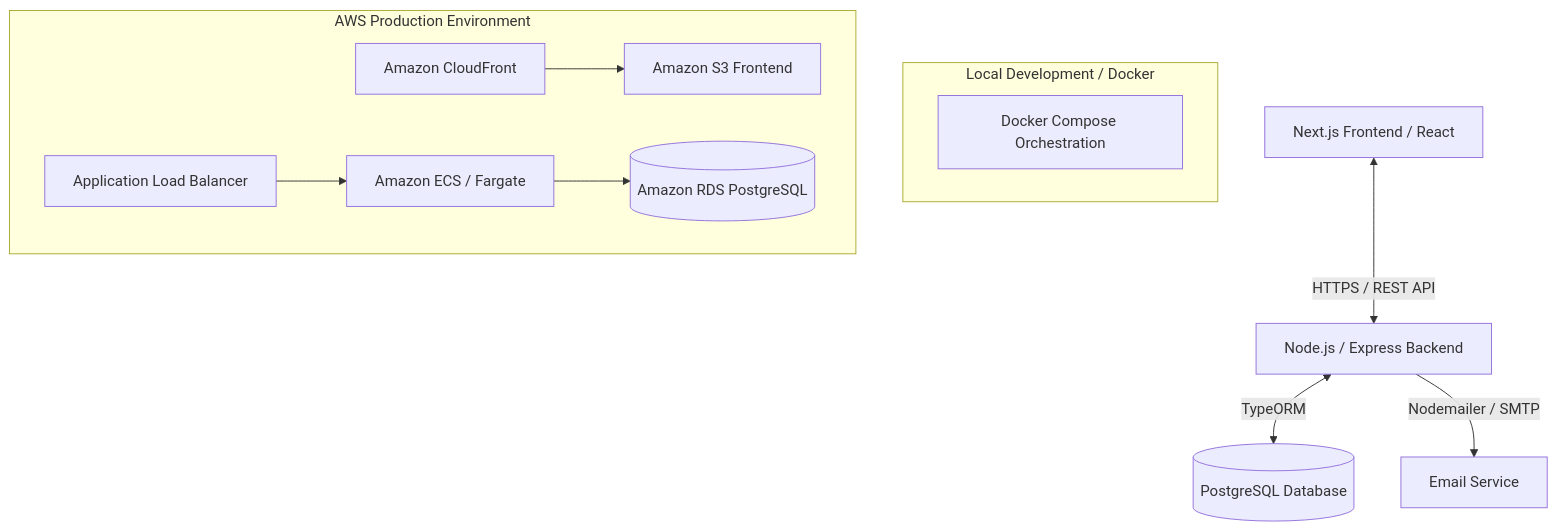
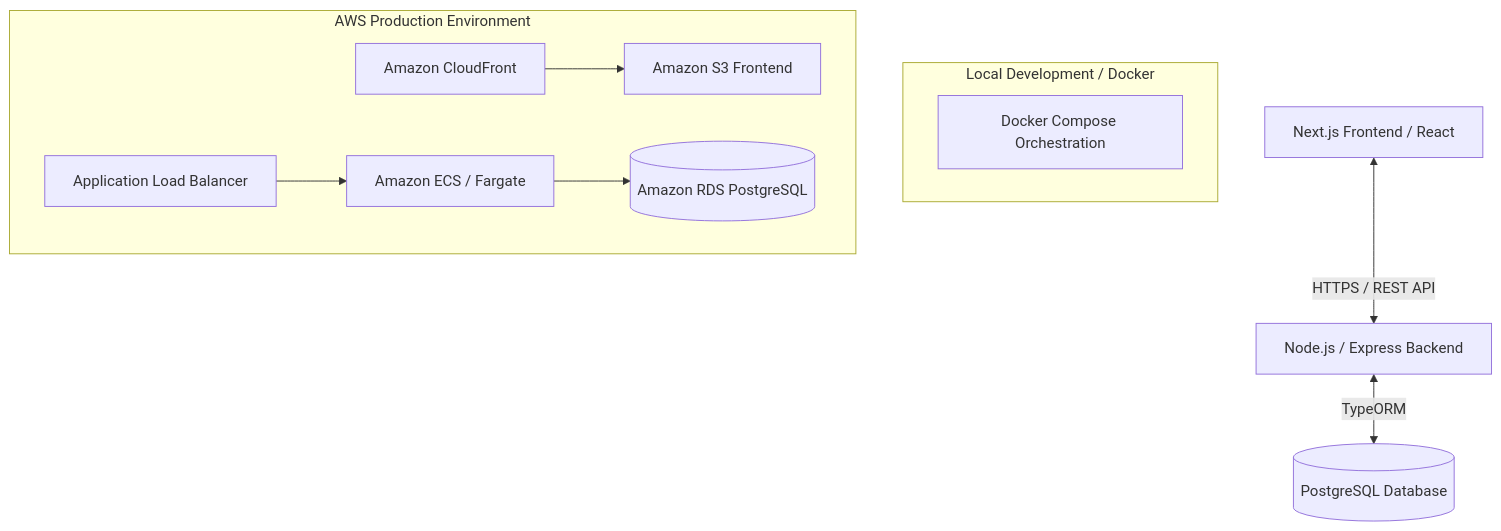
Before and after one commit to GeorgeDeveloperJ/portfolio: the diagram in README.md, drawn with Mermaid. The commit also changed other lines of this file and 2 other files, not shown here.

Commit message:
docs: update READMEs with API reference, architecture docs, and WIP notice

````diff
--- a/README.md
+++ b/README.md
@@ -29,16 +30,15 @@
 ```mermaid
 graph TD
     Client[Next.js Frontend / React] <-->|HTTPS / REST API| API[Node.js / Express Backend]
     API <-->|TypeORM| DB[(PostgreSQL Database)]
-    API -->|Nodemailer / SMTP| Mail[Email Service]
     
     subgraph Local Development / Docker
         DockerCompose[Docker Compose Orchestration]
     end
     
     subgraph AWS Production Environment
         CF[Amazon CloudFront] --> S3[Amazon S3 Frontend]
         ALB[Application Load Balancer] --> ECS[Amazon ECS / Fargate]
         ECS --> RDS[(Amazon RDS PostgreSQL)]
     end
 ```
````
